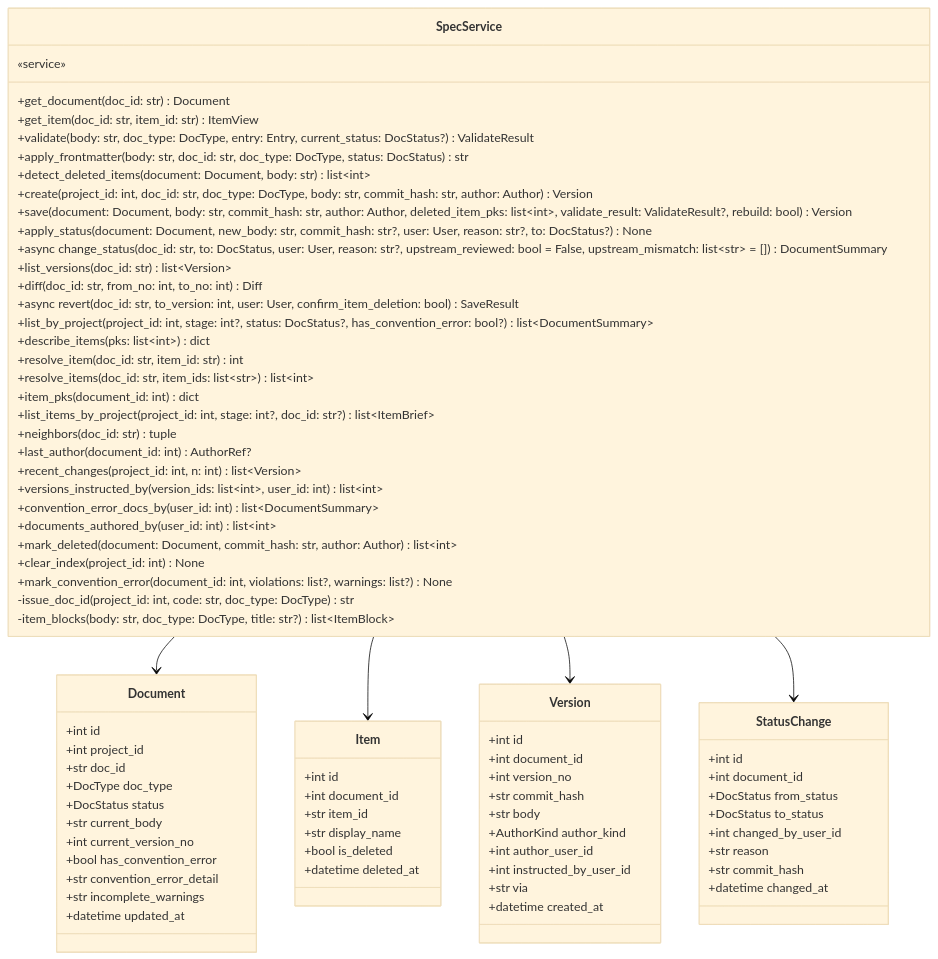
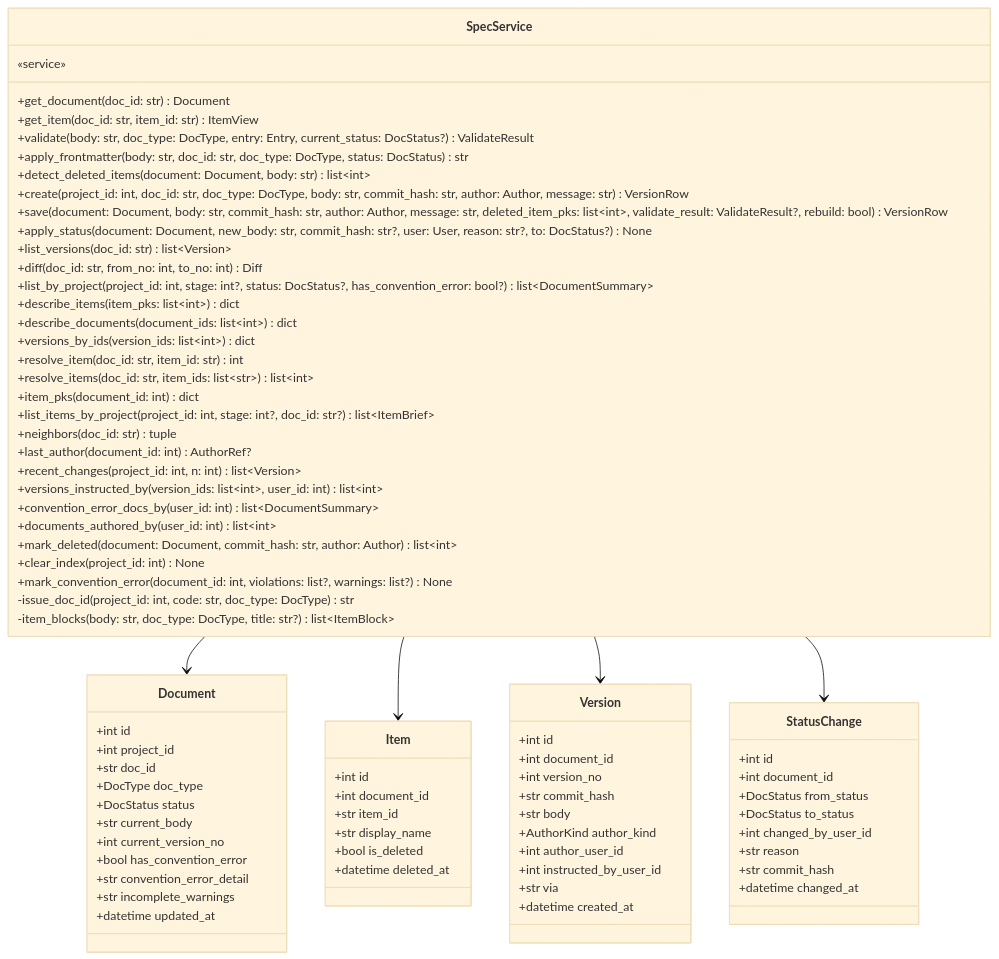
One commit to HoyoungParkme/syncdoc changed diagram 16 of 20 in docs/specs/DOM/SYNC-DOM-002.md. Above: the diagram before and after it, drawn with Mermaid (base theme). The commit also changed other lines of this file, not shown here.

First line of the commit message:
spec(SYNC-DOM-002): change_status·revert → pipeline, SpecService 전부 sync · Version DTO/VersionRow · DocRef·DownstreamView·VersionBrief · frontend/ 폴더·static 서빙 · 라우터 예외(users_by_ids, pipeline)

````diff
--- a/docs/specs/DOM/SYNC-DOM-002.md
+++ b/docs/specs/DOM/SYNC-DOM-002.md
@@ -540,82 +547,82 @@
 ```mermaid
 classDiagram
     class SpecService {
         «service»
         +get_document(doc_id: str) Document
         +get_item(doc_id: str, item_id: str) ItemView
         +validate(body: str, doc_type: DocType, entry: Entry, current_status: DocStatus?) ValidateResult
         +apply_frontmatter(body: str, doc_id: str, doc_type: DocType, status: DocStatus) str
         +detect_deleted_items(document: Document, body: str) list~int~
-        +create(project_id: int, doc_id: str, doc_type: DocType, body: str, commit_hash: str, author: Author) Version
-        +save(document: Document, body: str, commit_hash: str, author: Author, deleted_item_pks: list~int~, validate_result: ValidateResult?, rebuild: bool) Version
+        +create(project_id: int, doc_id: str, doc_type: DocType, body: str, commit_hash: str, author: Author, message: str) VersionRow
+        +save(document: Document, body: str, commit_hash: str, author: Author, message: str, deleted_item_pks: list~int~, validate_result: ValidateResult?, rebuild: bool) VersionRow
         +apply_status(document: Document, new_body: str, commit_hash: str?, user: User, reason: str?, to: DocStatus?) None
-        +async change_status(doc_id: str, to: DocStatus, user: User, reason: str?, upstream_reviewed: bool = False, upstream_mismatch: list~str~ = []) DocumentSummary
         +list_versions(doc_id: str) list~Version~
         +diff(doc_id: str, from_no: int, to_no: int) Diff
-        +async revert(doc_id: str, to_version: int, user: User, confirm_item_deletion: bool) SaveResult
         +list_by_project(project_id: int, stage: int?, status: DocStatus?, has_convention_error: bool?) list~DocumentSummary~
-        +describe_items(pks: list~int~) dict
+        +describe_items(item_pks: list~int~) dict
+        +describe_documents(document_ids: list~int~) dict
+        +versions_by_ids(version_ids: list~int~) dict
         +resolve_item(doc_id: str, item_id: str) int
         +resolve_items(doc_id: str, item_ids: list~str~) list~int~
         +item_pks(document_id: int) dict
         +list_items_by_project(project_id: int, stage: int?, doc_id: str?) list~ItemBrief~
         +neighbors(doc_id: str) tuple
         +last_author(document_id: int) AuthorRef?
         +recent_changes(project_id: int, n: int) list~Version~
         +versions_instructed_by(version_ids: list~int~, user_id: int) list~int~
         +convention_error_docs_by(user_id: int) list~DocumentSummary~
         +documents_authored_by(user_id: int) list~int~
         +mark_deleted(document: Document, commit_hash: str, author: Author) list~int~
         +clear_index(project_id: int) None
         +mark_convention_error(document_id: int, violations: list?, warnings: list?) None
         -issue_doc_id(project_id: int, code: str, doc_type: DocType) str
         -item_blocks(body: str, doc_type: DocType, title: str?) list~ItemBlock~
     }
     class Document {
         +int id
         +int project_id
         +str doc_id
         +DocType doc_type
         +DocStatus status
         +str current_body
         +int current_version_no
         +bool has_convention_error
         +str convention_error_detail
         +str incomplete_warnings
         +datetime updated_at
     }
     class Item {
         +int id
         +int document_id
         +str item_id
         +str display_name
         +bool is_deleted
         +datetime deleted_at
     }
     class Version {
         +int id
         +int document_id
         +int version_no
         +str commit_hash
         +str body
         +AuthorKind author_kind
         +int author_user_id
         +int instructed_by_user_id
         +str via
         +datetime created_at
     }
     class StatusChange {
         +int id
         +int document_id
         +DocStatus from_status
         +DocStatus to_status
         +int changed_by_user_id
         +str reason
         +str commit_hash
         +datetime changed_at
     }
     SpecService --> Document
     SpecService --> Item
     SpecService --> Version
     SpecService --> StatusChange
 ```
````
